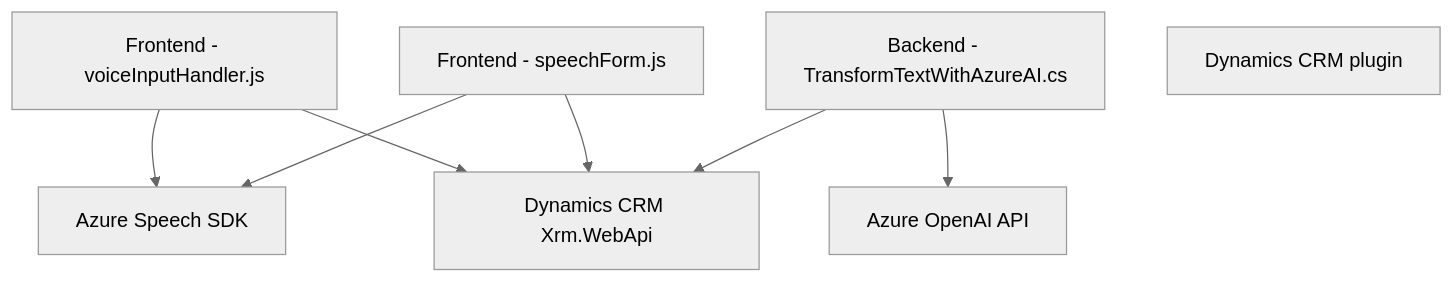
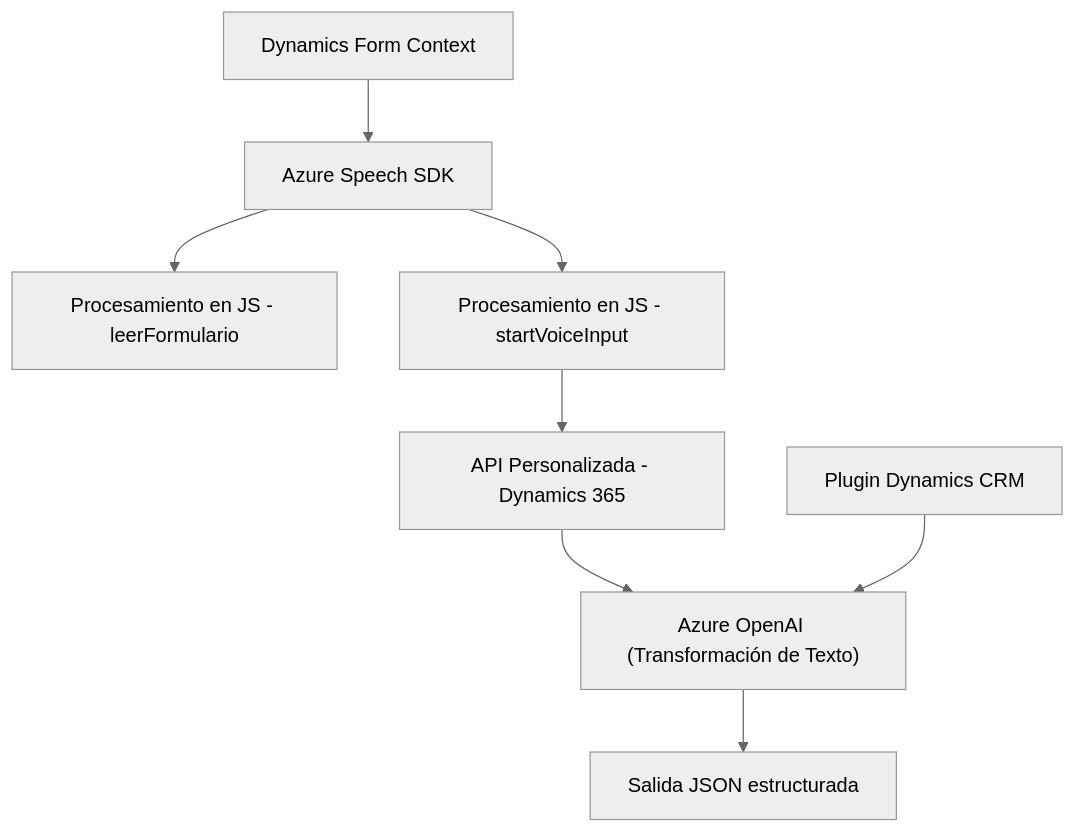
Before and after one commit to blopezdm/NETCORE_BILBAO2025: the diagram in README.md, drawn with Mermaid (neutral theme). The commit also changed other lines of this file, not shown here.

````diff
--- a/README.md
+++ b/README.md
@@ -35,17 +37,10 @@
 ```mermaid
 graph TD
-  A["Frontend - voiceInputHandler.js"]
-  B["Frontend - speechForm.js"]
-  C["Backend - TransformTextWithAzureAI.cs"]
-  D["Azure Speech SDK"]
-  E["Dynamics CRM plugin"]
-  F["Azure OpenAI API"]
-  G["Dynamics CRM Xrm.WebApi"]
-
-  A --> D
-  B --> D
-  A --> G
-  B --> G
-  C --> F
-  C --> G
+    A["Dynamics Form Context"] --> B["Azure Speech SDK"]
+    B --> C["Procesamiento en JS - leerFormulario"]
+    B --> D["Procesamiento en JS - startVoiceInput"]
+    D --> E["API Personalizada - Dynamics 365"]
+    E --> F["Azure OpenAI (Transformación de Texto)"]
+    G["Plugin Dynamics CRM"] --> F
+    F --> H["Salida JSON estructurada"]
 ```
````
